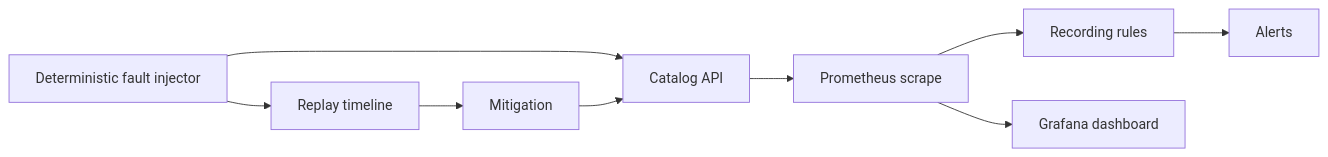
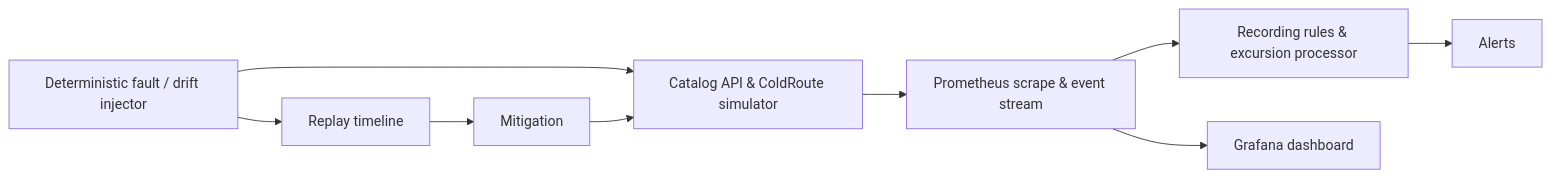
Before and after one commit to jagarkarlo/karlo-jagar-portfolio: the diagram in src/content/projects/reliability-replay.md, drawn with Mermaid. The commit also changed other lines of this file and 10 other files, not shown here.

Commit message:
Sync public GitHub repositories and architecture diagrams across work entries

````diff
--- a/src/content/projects/reliability-replay.md
+++ b/src/content/projects/reliability-replay.md
@@ -20,11 +21,11 @@
 ```mermaid
 flowchart LR
-  C["Catalog API"] --> M["Prometheus scrape"]
-  M --> R["Recording rules"]
+  C["Catalog API & ColdRoute simulator"] --> M["Prometheus scrape & event stream"]
+  M --> R["Recording rules & excursion processor"]
   R --> A["Alerts"]
   M --> G["Grafana dashboard"]
-  F["Deterministic fault injector"] --> C
+  F["Deterministic fault / drift injector"] --> C
   F --> T["Replay timeline"]
   T --> X["Mitigation"]
   X --> C
 ```
````
